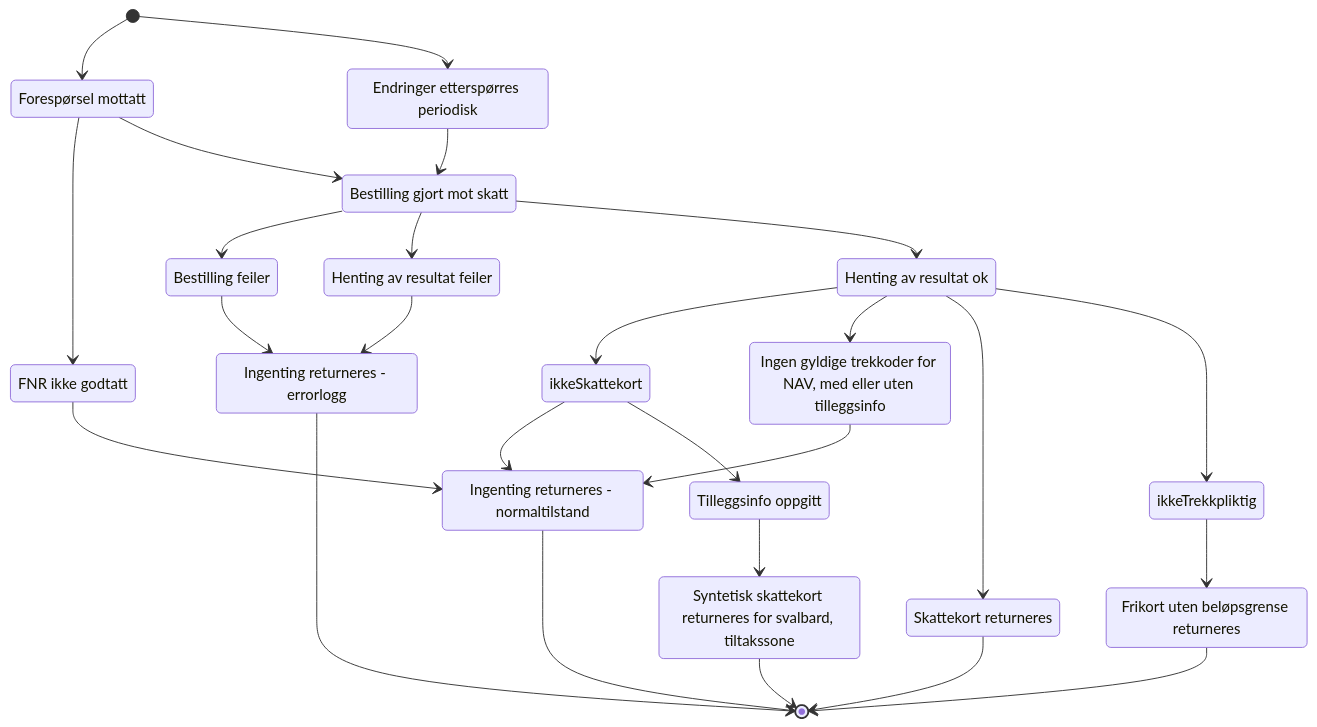
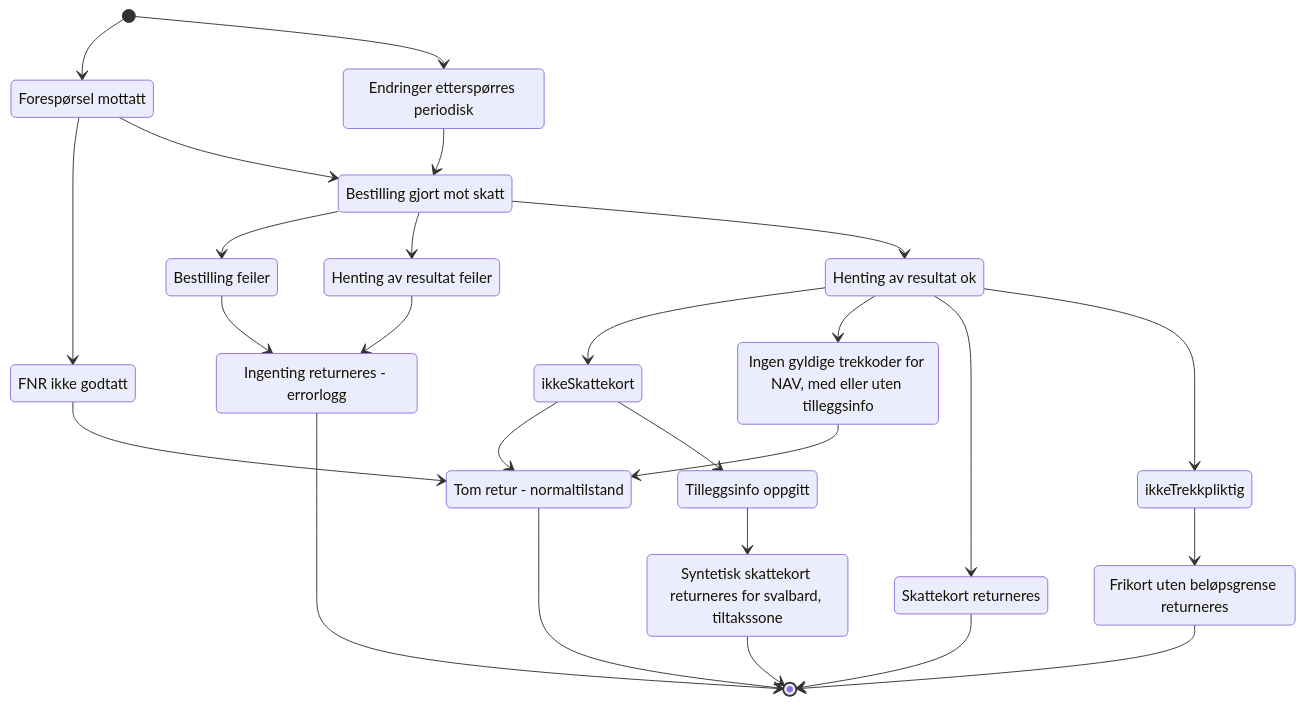
The diagram in dokumentasjon/arkitektur/returer.md (navikt/sokos-skattekort), drawn with Mermaid before and after one commit. The commit also changed 1 other file, not shown here.

Commit message:
TOB-5751: Dokumentasjon av resultatmatrise

````diff
--- a/dokumentasjon/arkitektur/returer.md
+++ b/dokumentasjon/arkitektur/returer.md
@@ -3,45 +3,45 @@
 ```mermaid
 stateDiagram-v2
     state "Forespørsel mottatt" as fm
     state "Endringer etterspørres periodisk" as endring
     state "FNR ikke godtatt" as not_fnr
-    state "Ingenting returneres - normaltilstand" as tomt_normal
+    state "Tom retur - normaltilstand" as tomt_normal
     state "Bestilling gjort mot skatt" as best_sendt
     state "Bestilling feiler" as best_feiler
     state "Ingenting returneres - errorlogg" as error
     state "Henting av resultat feiler" as henting_feiler
     state "Henting av resultat ok" as henting_ok
     state "Ingen gyldige trekkoder for NAV, med eller uten tilleggsinfo" as tomt_kanskje_tillegg
     state "ikkeSkattekort" as ikkeSkattekort
     state "ikkeTrekkpliktig" as ikkeTrekkplikt
     state "Tilleggsinfo oppgitt" as tomt_med_tillegg
     state "Syntetisk skattekort returneres for svalbard, tiltakssone" as synt
     state "Frikort uten beløpsgrense returneres" as synt_frikort
     state "Skattekort returneres" as retur
 
     [*] --> fm
     [*] --> endring
     endring --> best_sendt
     fm --> not_fnr
     not_fnr --> tomt_normal
     fm --> best_sendt
     best_sendt --> best_feiler
     best_feiler --> error
     best_sendt --> henting_feiler
     henting_feiler --> error
     best_sendt --> henting_ok
     henting_ok --> ikkeSkattekort
     ikkeSkattekort --> tomt_normal
     henting_ok --> tomt_kanskje_tillegg
     tomt_kanskje_tillegg --> tomt_normal
     ikkeSkattekort --> tomt_med_tillegg
     tomt_med_tillegg --> synt
     henting_ok --> retur
     henting_ok --> ikkeTrekkplikt
     ikkeTrekkplikt --> synt_frikort
     tomt_normal --> [*]
     error --> [*]
     retur --> [*]
     synt --> [*]
     synt_frikort --> [*]
 ```
````
